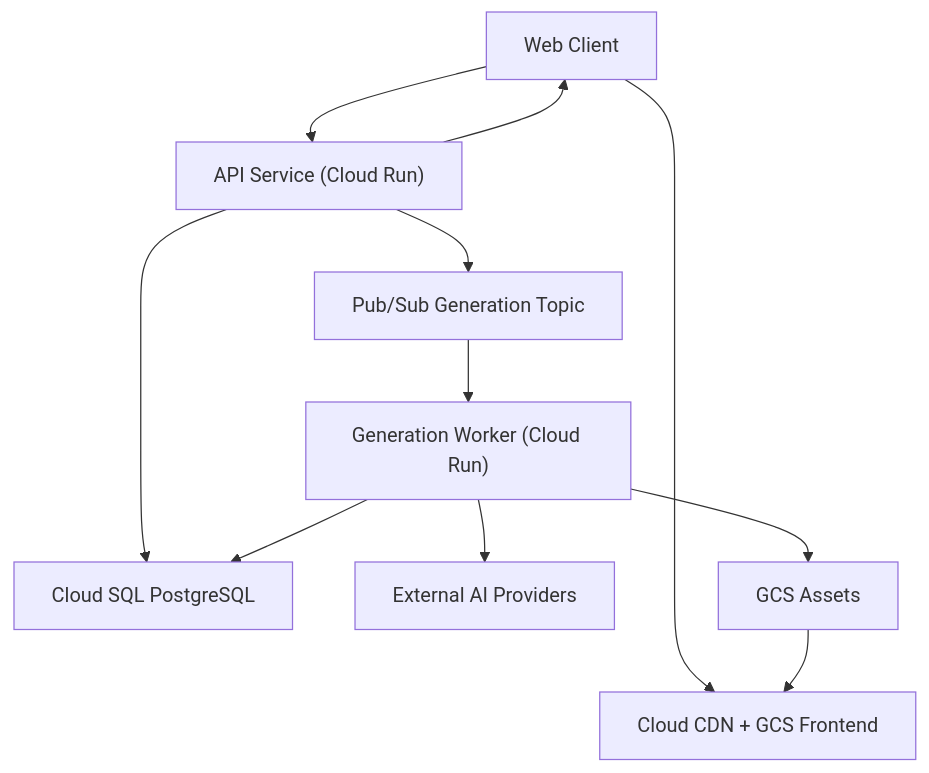
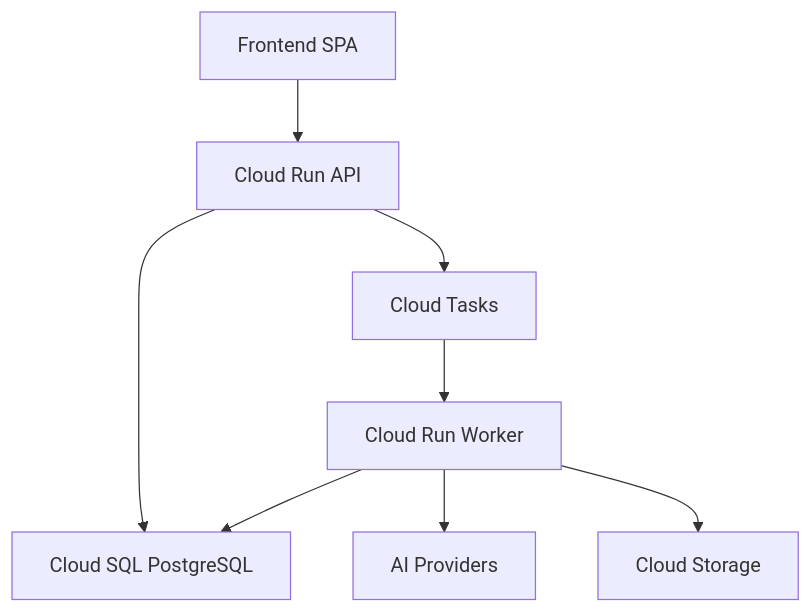
The first of 7 diagrams in requirements/Concept/infrastructure-gcloud.md (magicxeon/PromptForge), drawn with Mermaid before and after one commit. The commit also changed other lines of this file, not shown here.

Commit message:
[Pun] Update Infrastructure Google Cloud

````diff
--- a/requirements/Concept/infrastructure-gcloud.md
+++ b/requirements/Concept/infrastructure-gcloud.md
@@ -80,14 +122,10 @@
 ```mermaid
 flowchart TD
-    C["Web Client"] --> CDN["Cloud CDN + GCS Frontend"]
-    C --> API["API Service (Cloud Run)"]
+    FE["Frontend SPA"] --> API["Cloud Run API"]
     API --> DB["Cloud SQL PostgreSQL"]
-    API --> Q["Pub/Sub Generation Topic"]
-    Q --> W["Generation Worker (Cloud Run)"]
-    W --> AI["External AI Providers"]
-    W --> OBJ["GCS Assets"]
-    OBJ --> CDN
+    API --> Q["Cloud Tasks"]
+    Q --> W["Cloud Run Worker"]
+    W --> P["AI Providers"]
+    W --> GCS["Cloud Storage"]
     W --> DB
-    API --> C
-
 ```
````
